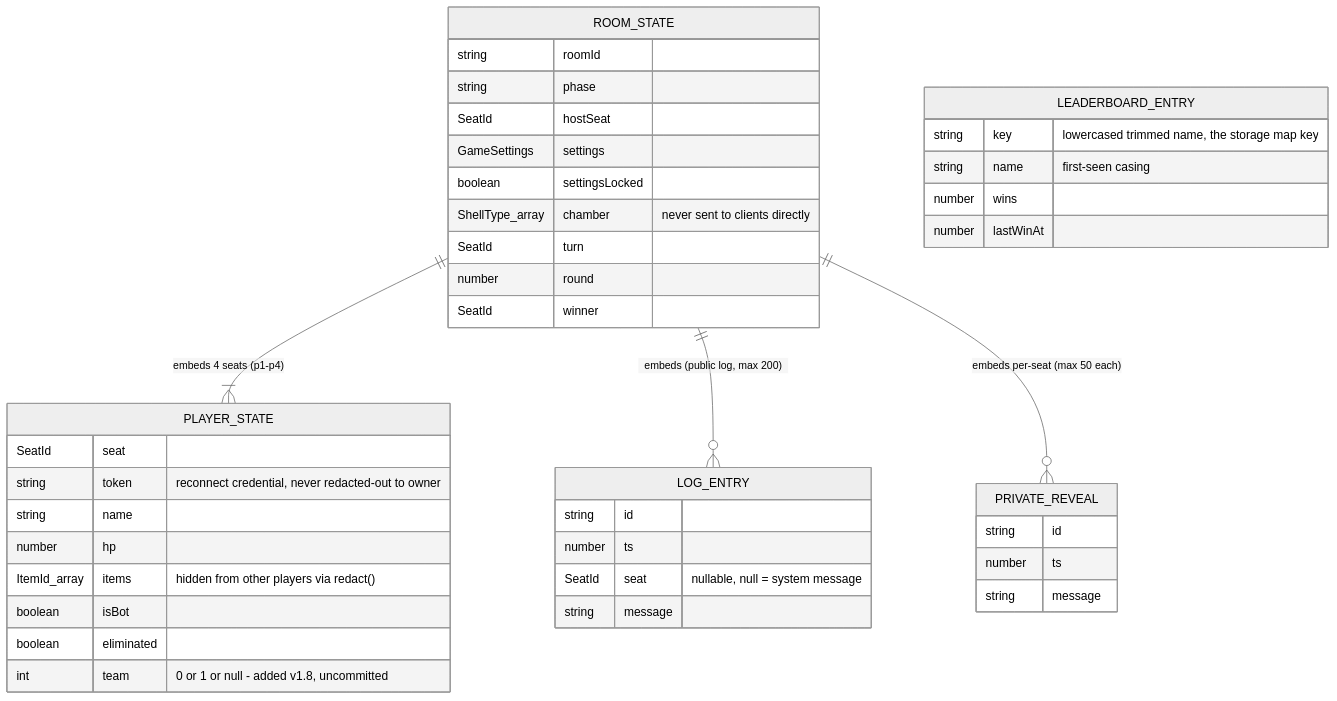
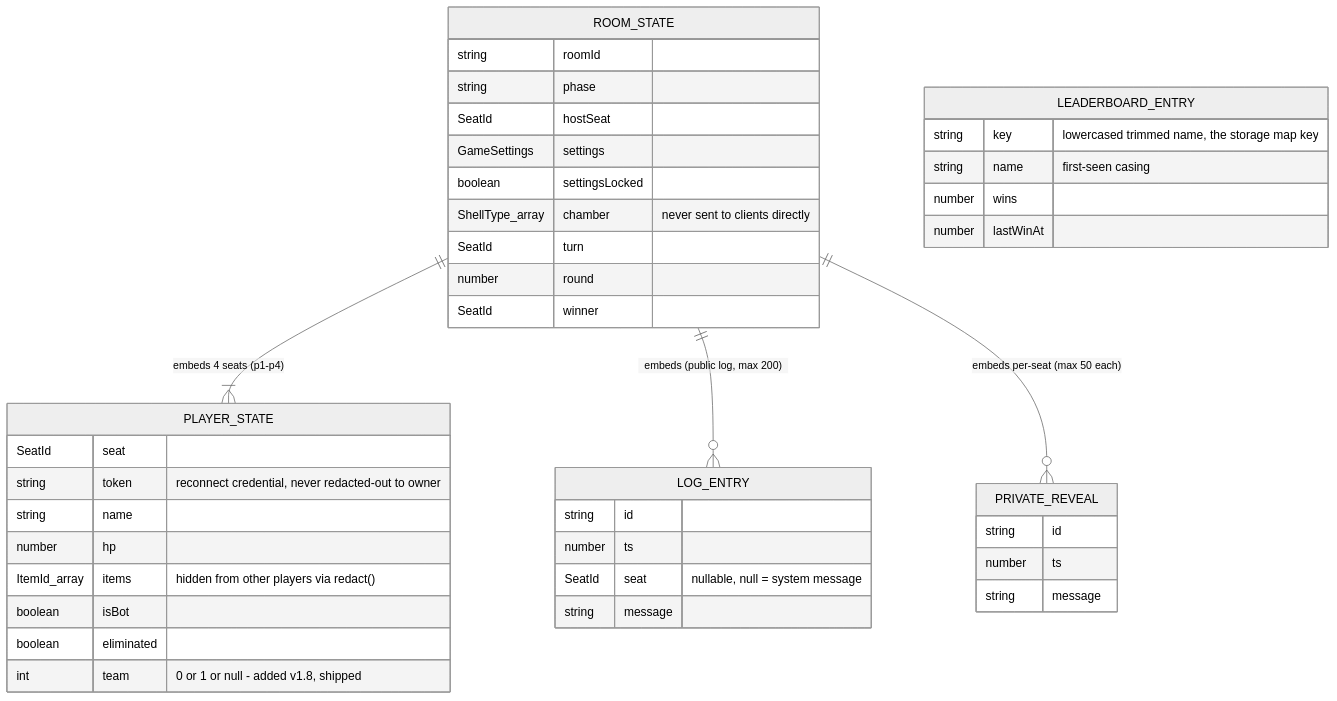
One commit to Gariyuuu/chamber-seven changed the diagram in DATABASE.md. Above: the diagram before and after it, drawn with Mermaid (neutral theme). The commit also changed other lines of this file and 10 other files, not shown here.

````diff
--- a/DATABASE.md
+++ b/DATABASE.md
@@ -194,44 +194,44 @@
 ```mermaid
 erDiagram
     ROOM_STATE ||--|{ PLAYER_STATE : "embeds 4 seats (p1-p4)"
     ROOM_STATE ||--o{ LOG_ENTRY : "embeds (public log, max 200)"
     ROOM_STATE ||--o{ PRIVATE_REVEAL : "embeds per-seat (max 50 each)"
     ROOM_STATE {
         string roomId
         string phase
         SeatId hostSeat
         GameSettings settings
         boolean settingsLocked
         ShellType_array chamber "never sent to clients directly"
         SeatId turn
         number round
         SeatId winner
     }
     PLAYER_STATE {
         SeatId seat
         string token "reconnect credential, never redacted-out to owner"
         string name
         number hp
         ItemId_array items "hidden from other players via redact()"
         boolean isBot
         boolean eliminated
-        int team "0 or 1 or null - added v1.8, uncommitted"
+        int team "0 or 1 or null - added v1.8, shipped"
     }
     LOG_ENTRY {
         string id
         number ts
         SeatId seat "nullable, null = system message"
         string message
     }
     PRIVATE_REVEAL {
         string id
         number ts
         string message
     }
     LEADERBOARD_ENTRY {
         string key "lowercased trimmed name, the storage map key"
         string name "first-seen casing"
         number wins
         number lastWinAt
     }
 ```
````
